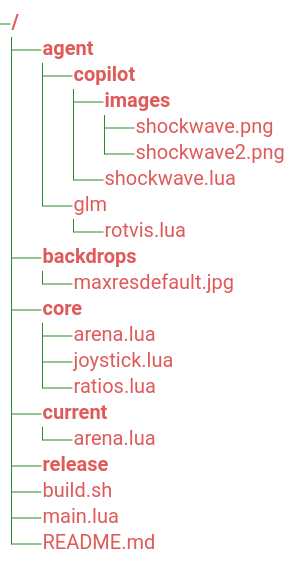
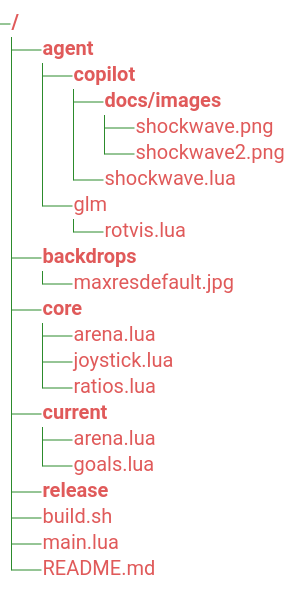
One commit to entitycs/WaMBaM changed the third of 9 diagrams in README.md. Above: the diagram before and after it, drawn with Mermaid. The commit also changed other lines of this file and 12 other files, not shown here.

Commit message:
update goal size, and rear 'wheel' physics to ease difficulty after testing with example goals.  Moves doc-centric/unused images into docs folder

````diff
--- a/README.md
+++ b/README.md
@@ -141,36 +141,37 @@
 ```mermaid
 ---
 config:
     treeView:
         rowIndent: 30
         lineThickness: 1
         paddingX: 1
         paddingY: 1
     themeVariables:
         treeView:
             labelFontSize: '20px'
             labelColor: '#e05a5a'
             lineColor: '#2c8b2c'
 ---
 treeView-beta
     "agent/"
       "copilot/"
-        "images/"
+        "docs/images/"
           "shockwave.png"
           "shockwave2.png"
         "shockwave.lua"
       "glm"
         "rotvis.lua"
     "backdrops/"
       "maxresdefault.jpg"
     "core/"
       "arena.lua"
       "joystick.lua"
       "ratios.lua"
     "current/"
       "arena.lua"
+      "goals.lua"
     "release/"
     "build.sh"
     "main.lua"
     "README.md"
 ```
````
